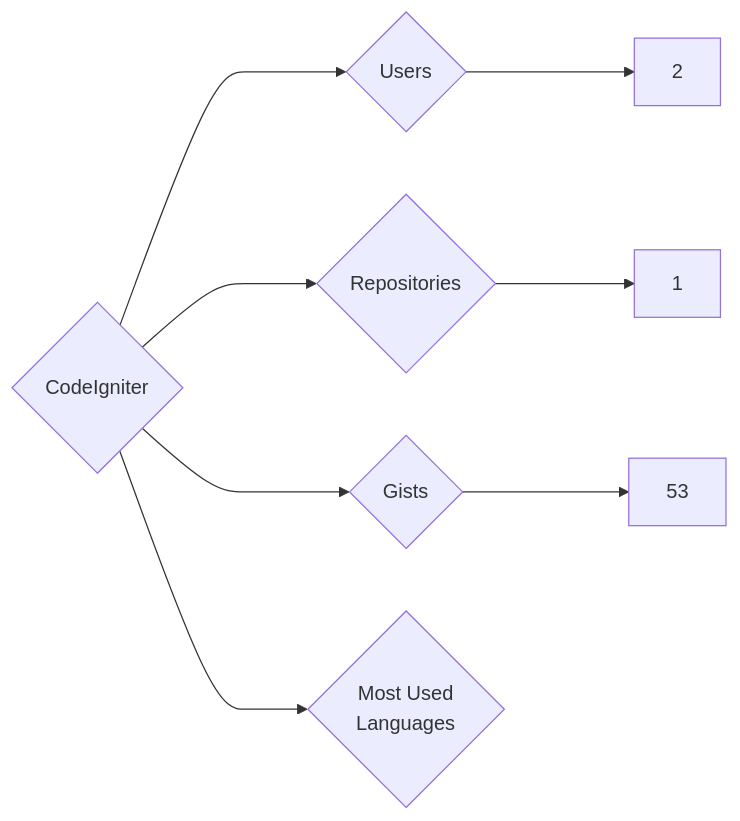
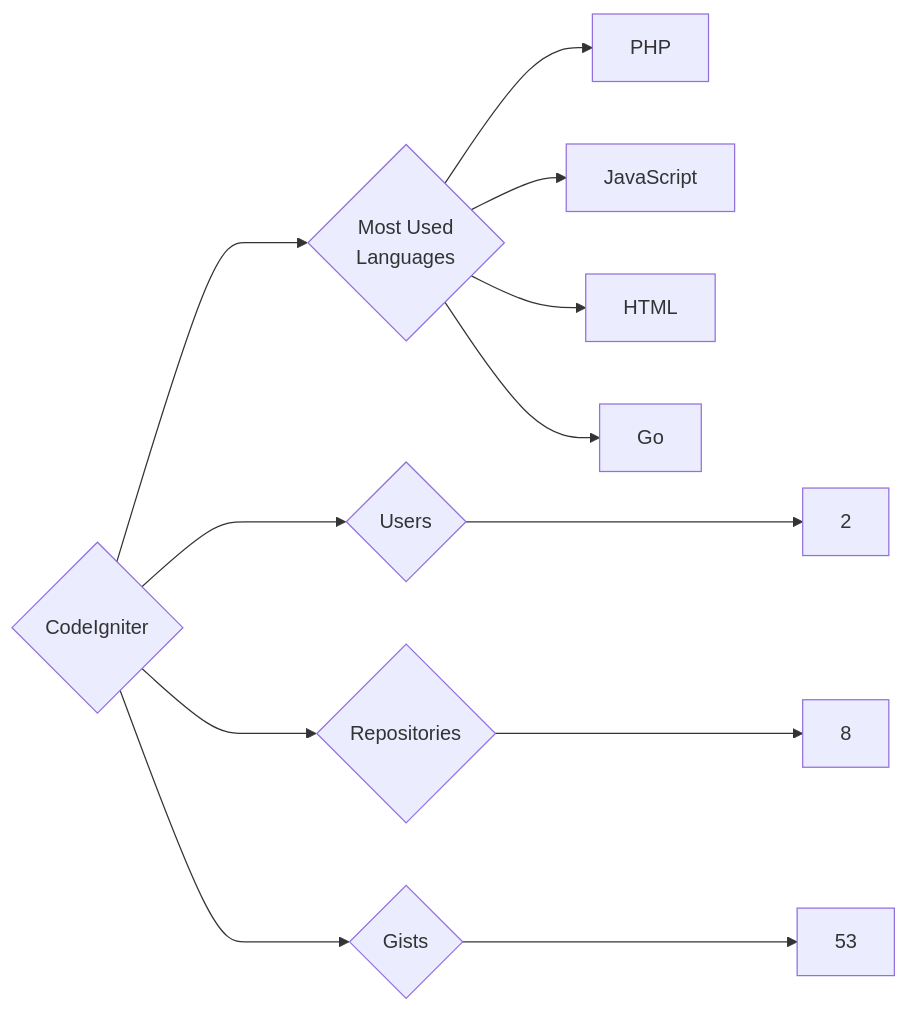
The diagram in targets/CodeIgniter/README.md (trickest/insiders), drawn with Mermaid before and after one commit. The commit also changed 938 other files, not shown here.

````diff
--- a/targets/CodeIgniter/README.md
+++ b/targets/CodeIgniter/README.md
@@ -3,8 +3,12 @@
 ```mermaid
 graph LR
 COMPANY_NAME{CodeIgniter}
 COMPANY_NAME ---> U{Users} ---> UN[2]
-COMPANY_NAME ---> R{Repositories} ---> RN[1]
+COMPANY_NAME ---> R{Repositories} ---> RN[8]
 COMPANY_NAME ---> G{Gists} ---> GN[53]
 COMPANY_NAME ---> ML{Most Used<br>Languages}
+ML --> PHP[PHP]
+ML --> JavaScript[JavaScript]
+ML --> HTML[HTML]
+ML --> Go[Go]
 ```
````
